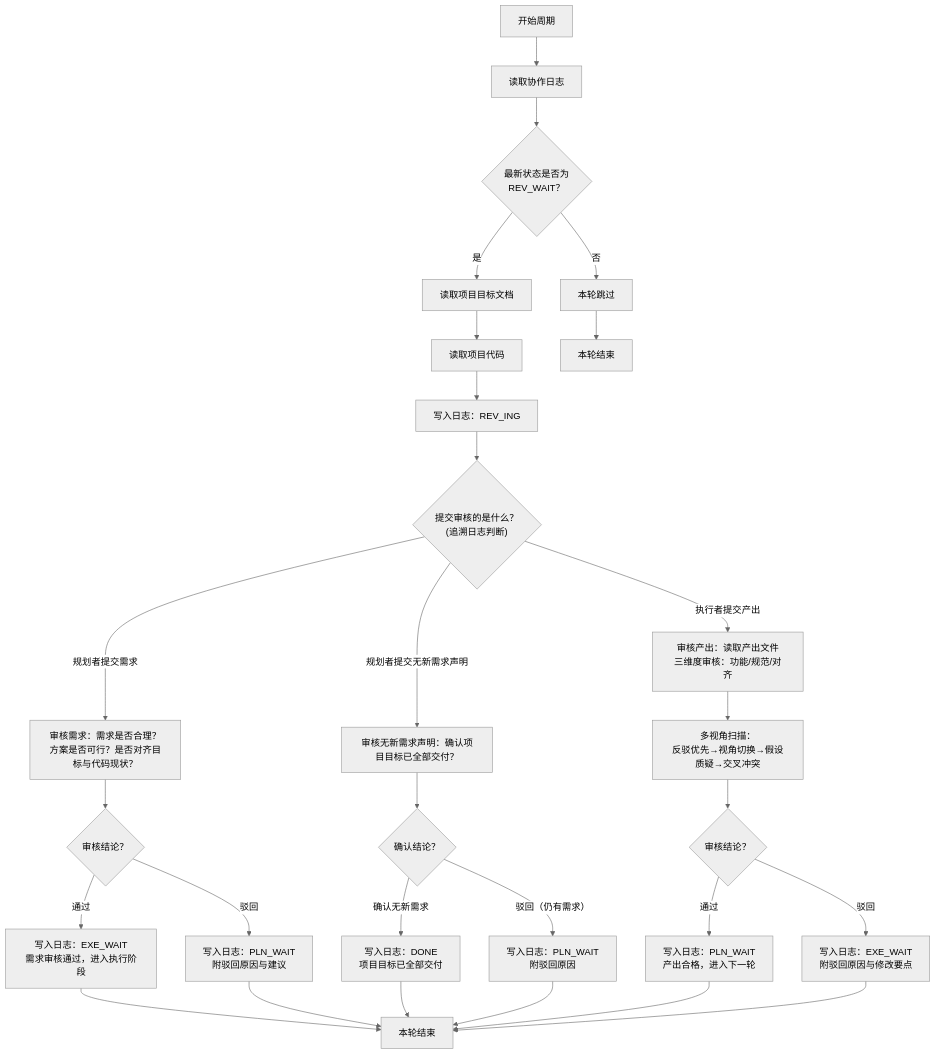
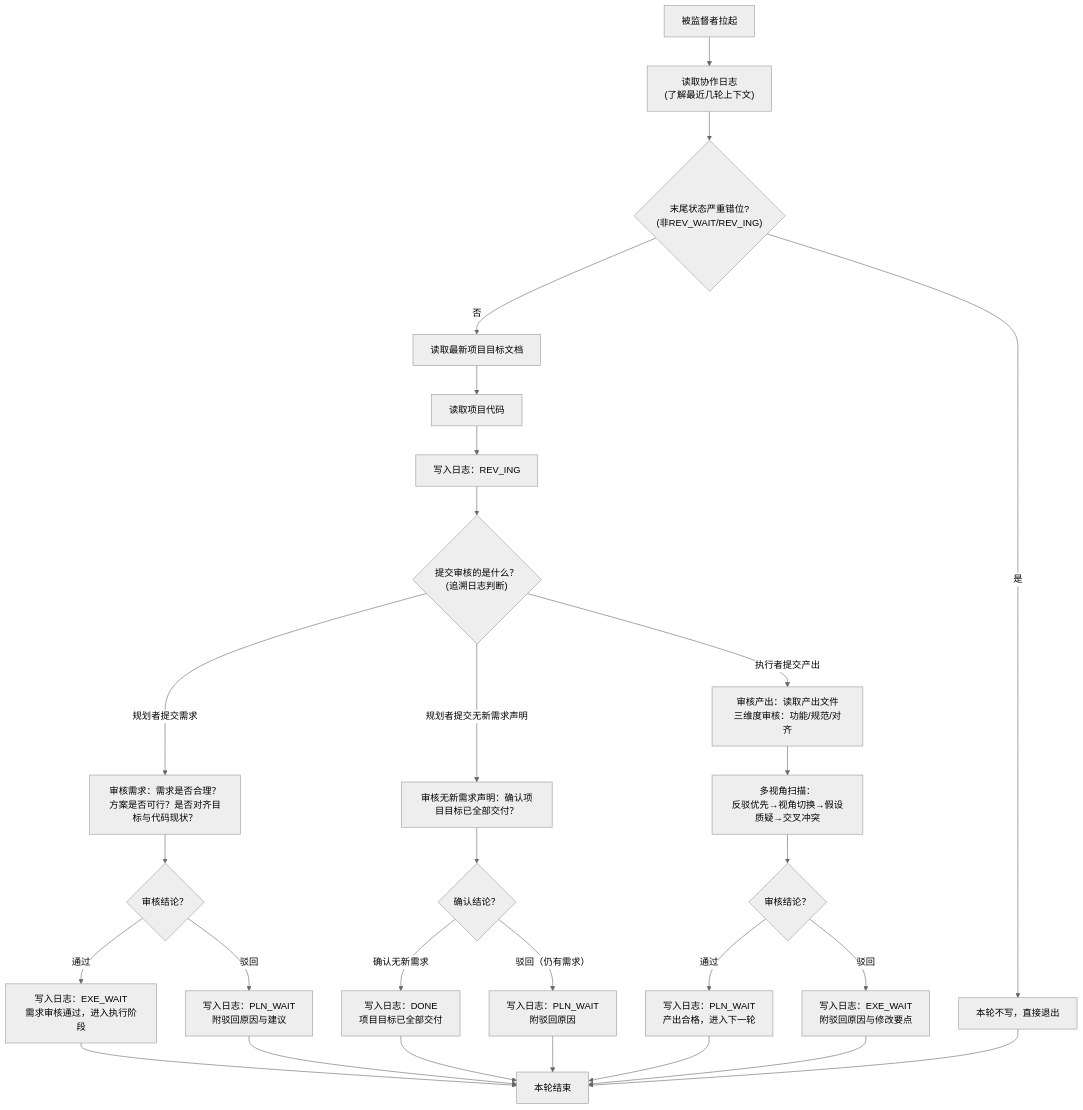
One commit to zhangzhanluo/pre-engineering changed the diagram in skills/pre-engineering/references/zh/审核者指导模板.md. Above: the diagram before and after it, drawn with Mermaid (neutral theme). The commit also changed other lines of this file and 13 other files, not shown here.

````diff
--- a/skills/pre-engineering/references/zh/审核者指导模板.md
+++ b/skills/pre-engineering/references/zh/审核者指导模板.md
@@ -43,30 +33,30 @@
 ```mermaid
 flowchart TD
-    Start["开始周期"] --> ReadLog["读取协作日志"]
-    ReadLog --> Check{"最新状态是否为<br/>REV_WAIT？"}
-    Check -->|否| Idle["本轮跳过"]
-    Check -->|是| ReadGoal["读取项目目标文档"]
+    Start["被监督者拉起"] --> ReadLog["读取协作日志<br/>(了解最近几轮上下文)"]
+    ReadLog --> Check{"末尾状态严重错位?<br/>(非REV_WAIT/REV_ING)"}
+    Check -->|是| Exit["本轮不写，直接退出"]
+    Check -->|否| ReadGoal["读取最新项目目标文档"]
     ReadGoal --> ReadCode["读取项目代码"]
     ReadCode --> Begin["写入日志：REV_ING"]
     Begin --> CheckWhat{"提交审核的是什么？<br/>(追溯日志判断)"}
     CheckWhat -->|规划者提交需求| ReqReview["审核需求：需求是否合理？<br/>方案是否可行？是否对齐目标与代码现状？"]
     CheckWhat -->|规划者提交无新需求声明| NoMoreReview["审核无新需求声明：确认项目目标已全部交付？"]
     CheckWhat -->|执行者提交产出| OutReview["审核产出：读取产出文件<br/>三维度审核：功能/规范/对齐"]
     ReqReview --> ReqResult{"审核结论？"}
     ReqResult -->|通过| ReqPass["写入日志：EXE_WAIT<br/>需求审核通过，进入执行阶段"]
     ReqResult -->|驳回| ReqReject["写入日志：PLN_WAIT<br/>附驳回原因与建议"]
     NoMoreReview --> NoMoreResult{"确认结论？"}
     NoMoreResult -->|确认无新需求| ProjectDone["写入日志：DONE<br/>项目目标已全部交付"]
     NoMoreResult -->|驳回（仍有需求）| NoMoreReject["写入日志：PLN_WAIT<br/>附驳回原因"]
     OutReview --> MultiScan["多视角扫描：<br/>反驳优先→视角切换→假设质疑→交叉冲突"]
     MultiScan --> OutResult{"审核结论？"}
     OutResult -->|通过| NextRound["写入日志：PLN_WAIT<br/>产出合格，进入下一轮"]
     OutResult -->|驳回| OutReject["写入日志：EXE_WAIT<br/>附驳回原因与修改要点"]
     ReqPass --> End["本轮结束"]
     ReqReject --> End
     ProjectDone --> End
     NoMoreReject --> End
     NextRound --> End
     OutReject --> End
-    Idle --> End2["本轮结束"]
+    Exit --> End
 ```
````
